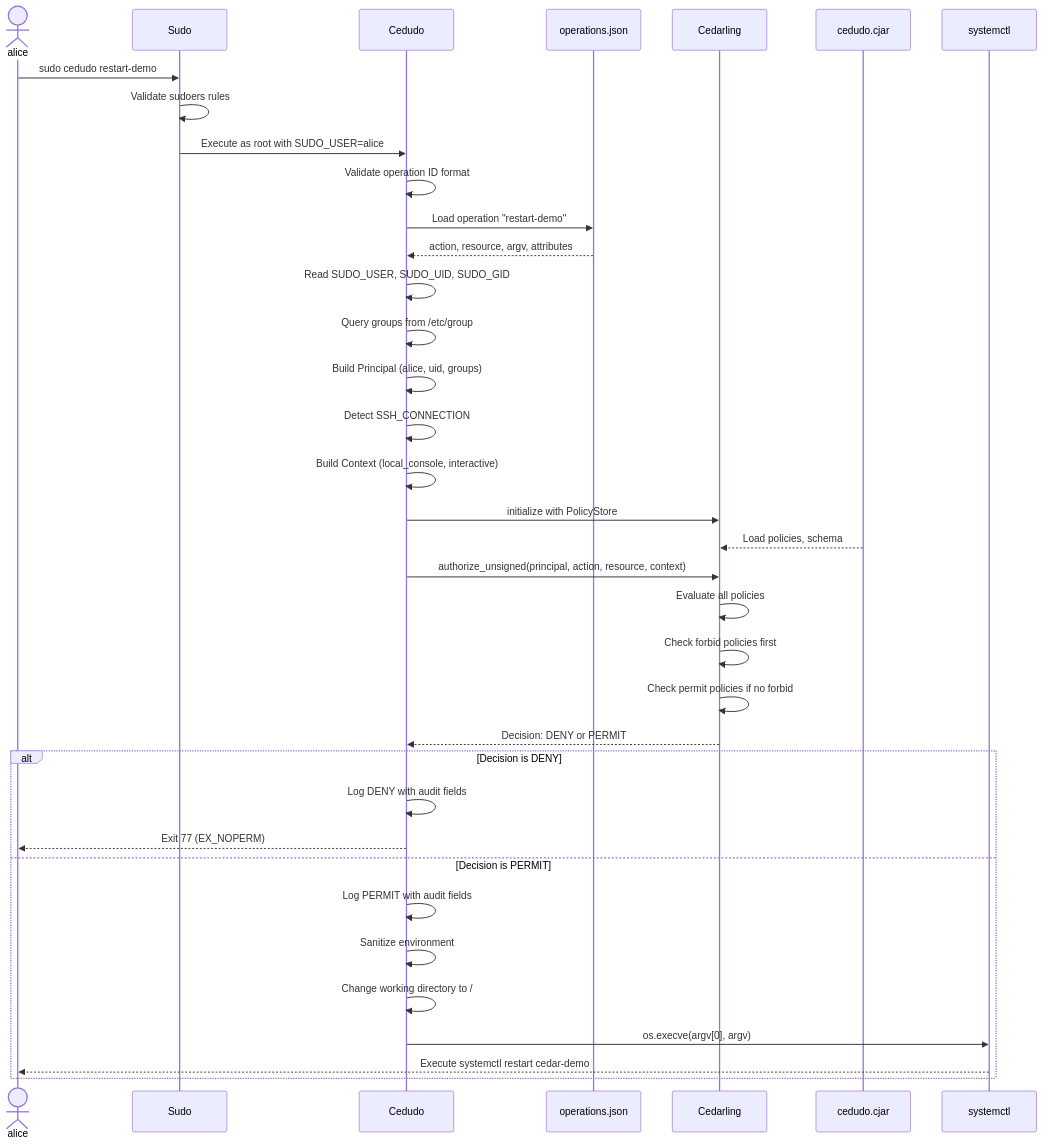
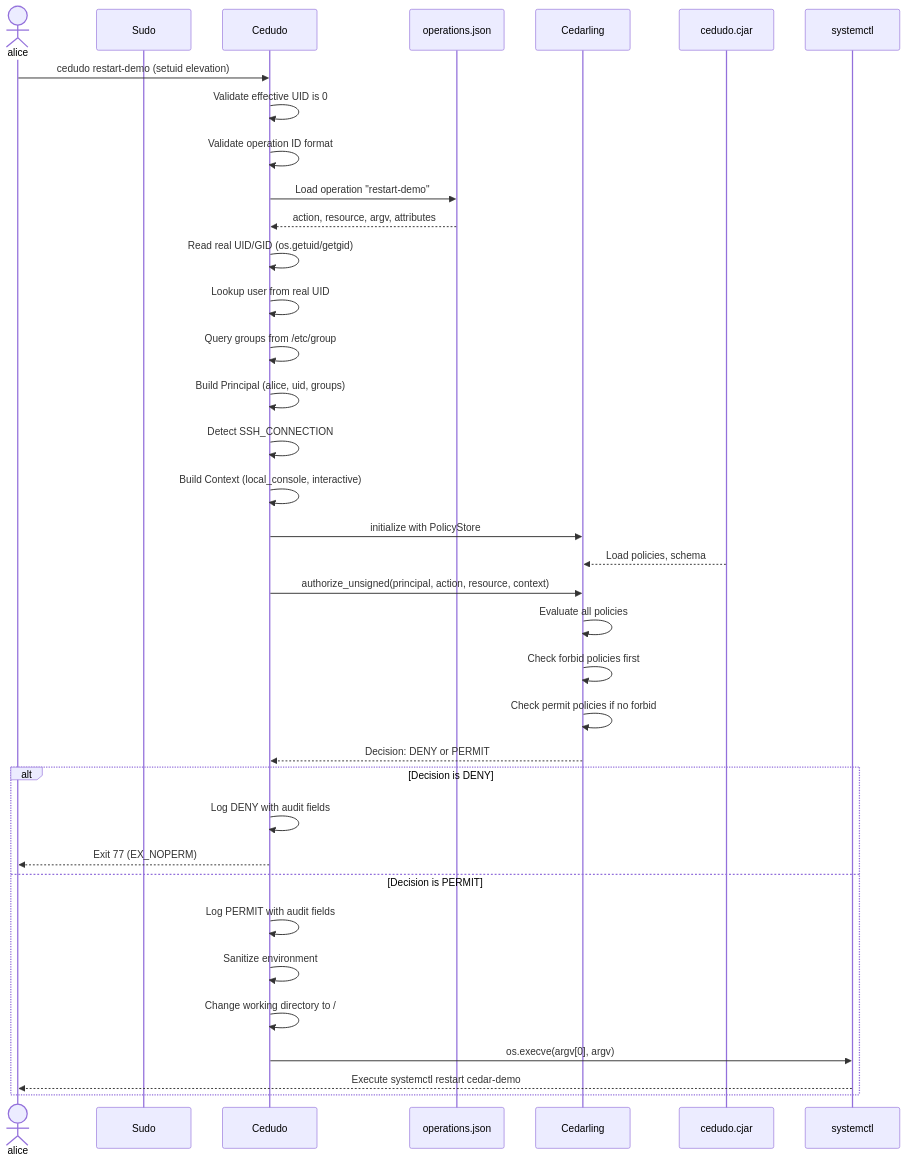
The second of 2 diagrams in .kiro/specs/cedar-sudo-workshop/design.md (nynymike/cedudo), drawn with Mermaid before and after one commit. The commit also changed other lines of this file and 4 other files, not shown here.

````diff
--- a/.kiro/specs/cedar-sudo-workshop/design.md
+++ b/.kiro/specs/cedar-sudo-workshop/design.md
@@ -92,45 +89,44 @@
 ```mermaid
 sequenceDiagram
     actor User as alice
     participant Sudo
     participant Cedudo
     participant OpManifest as operations.json
     participant Cedarling
     participant PolicyStore as cedudo.cjar
     participant SystemCmd as systemctl
 
-    User->>Sudo: sudo cedudo restart-demo
-    Sudo->>Sudo: Validate sudoers rules
-    Sudo->>Cedudo: Execute as root with SUDO_USER=alice
-    
+    User->>Cedudo: cedudo restart-demo (setuid elevation)
+    Cedudo->>Cedudo: Validate effective UID is 0
     Cedudo->>Cedudo: Validate operation ID format
     Cedudo->>OpManifest: Load operation "restart-demo"
     OpManifest-->>Cedudo: action, resource, argv, attributes
     
-    Cedudo->>Cedudo: Read SUDO_USER, SUDO_UID, SUDO_GID
+    Cedudo->>Cedudo: Read real UID/GID (os.getuid/getgid)
+    Cedudo->>Cedudo: Lookup user from real UID
     Cedudo->>Cedudo: Query groups from /etc/group
     Cedudo->>Cedudo: Build Principal (alice, uid, groups)
     
     Cedudo->>Cedudo: Detect SSH_CONNECTION
     Cedudo->>Cedudo: Build Context (local_console, interactive)
     
     Cedudo->>Cedarling: initialize with PolicyStore
     PolicyStore-->>Cedarling: Load policies, schema
     
     Cedudo->>Cedarling: authorize_unsigned(principal, action, resource, context)
     Cedarling->>Cedarling: Evaluate all policies
     Cedarling->>Cedarling: Check forbid policies first
     Cedarling->>Cedarling: Check permit policies if no forbid
     Cedarling-->>Cedudo: Decision: DENY or PERMIT
     
     alt Decision is DENY
         Cedudo->>Cedudo: Log DENY with audit fields
         Cedudo-->>User: Exit 77 (EX_NOPERM)
     else Decision is PERMIT
         Cedudo->>Cedudo: Log PERMIT with audit fields
         Cedudo->>Cedudo: Sanitize environment
         Cedudo->>Cedudo: Change working directory to /
         Cedudo->>SystemCmd: os.execve(argv[0], argv)
         SystemCmd-->>User: Execute systemctl restart cedar-demo
     end
 ```
````
